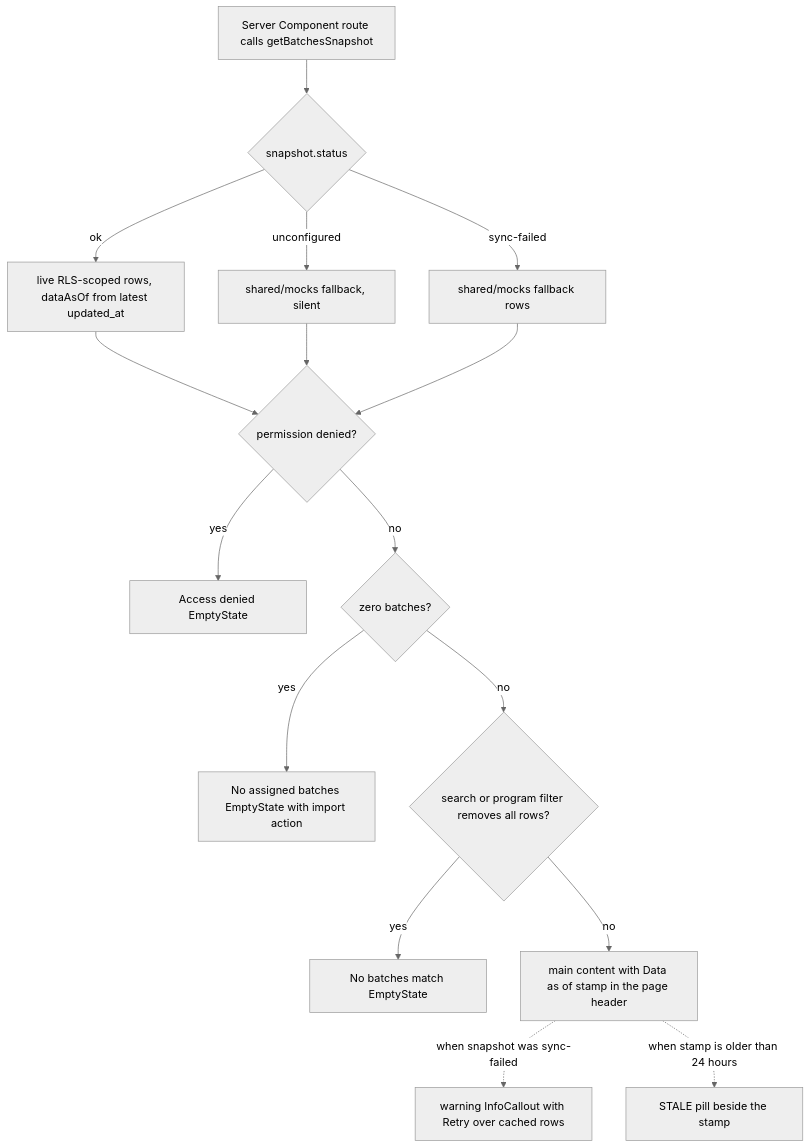
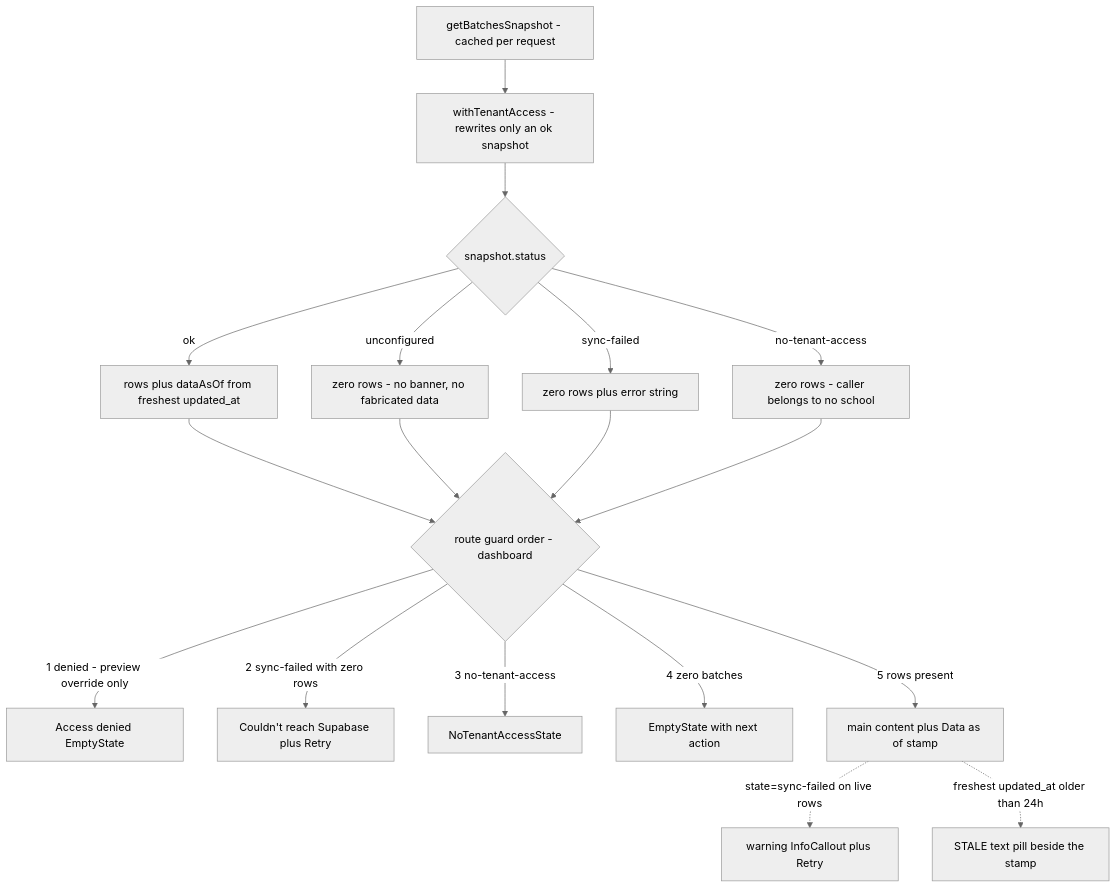
One commit to shuakyle21/tesda-compliance-manager changed the second of 2 diagrams in openwiki/architecture/design-system.md. Above: the diagram before and after it, drawn with Mermaid (neutral theme). The commit also changed other lines of this file and 5 other files, not shown here.

````diff
--- a/openwiki/architecture/design-system.md
+++ b/openwiki/architecture/design-system.md
@@ -120,18 +237,20 @@
 ```mermaid
 flowchart TD
-    fetch["Server Component route calls getBatchesSnapshot"] --> status{"snapshot.status"}
-    status -->|"ok"| live["live RLS-scoped rows, dataAsOf from latest updated_at"]
-    status -->|"unconfigured"| mocks["shared/mocks fallback, silent"]
-    status -->|"sync-failed"| cached["shared/mocks fallback rows"]
-    live --> denied{"permission denied?"}
-    mocks --> denied
-    cached --> denied
-    denied -->|"yes"| deniedUI["Access denied EmptyState"]
-    denied -->|"no"| empty{"zero batches?"}
-    empty -->|"yes"| emptyUI["No assigned batches EmptyState with import action"]
-    empty -->|"no"| filtered{"search or program filter removes all rows?"}
-    filtered -->|"yes"| noResultsUI["No batches match EmptyState"]
-    filtered -->|"no"| content["main content with Data as of stamp in the page header"]
-    content -.->|"when snapshot was sync-failed"| banner["warning InfoCallout with Retry over cached rows"]
-    content -.->|"when stamp is older than 24 hours"| stalepill["STALE pill beside the stamp"]
+    snap["getBatchesSnapshot - cached per request"] --> fold["withTenantAccess - rewrites only an ok snapshot"]
+    fold --> status{"snapshot.status"}
+    status -->|"ok"| live["rows plus dataAsOf from freshest updated_at"]
+    status -->|"unconfigured"| unconf["zero rows - no banner, no fabricated data"]
+    status -->|"sync-failed"| failed["zero rows plus error string"]
+    status -->|"no-tenant-access"| notaschool["zero rows - caller belongs to no school"]
+    live --> guards{"route guard order - dashboard"}
+    unconf --> guards
+    failed --> guards
+    notaschool --> guards
+    guards -->|"1 denied - preview override only"| deniedUI["Access denied EmptyState"]
+    guards -->|"2 sync-failed with zero rows"| failedUI["Couldn't reach Supabase plus Retry"]
+    guards -->|"3 no-tenant-access"| noTenantUI["NoTenantAccessState"]
+    guards -->|"4 zero batches"| emptyUI["EmptyState with next action"]
+    guards -->|"5 rows present"| content["main content plus Data as of stamp"]
+    content -.->|"state=sync-failed on live rows"| banner["warning InfoCallout plus Retry"]
+    content -.->|"freshest updated_at older than 24h"| stalepill["STALE text pill beside the stamp"]
 ```
````
